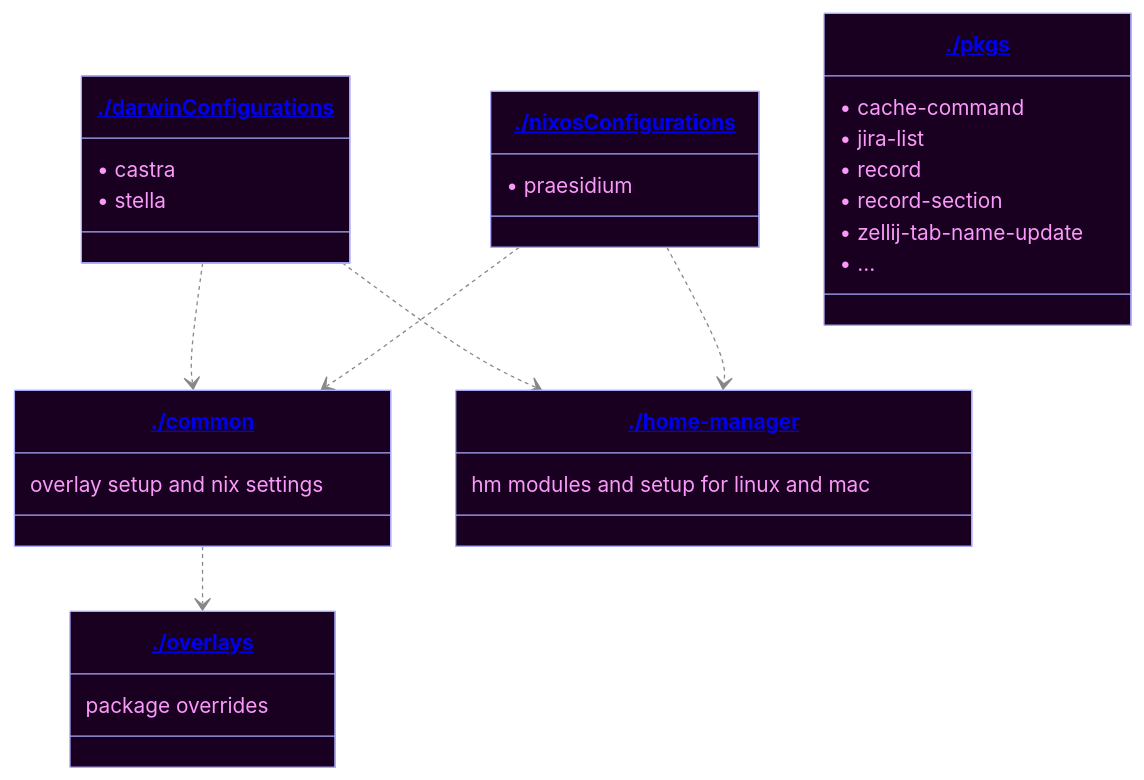
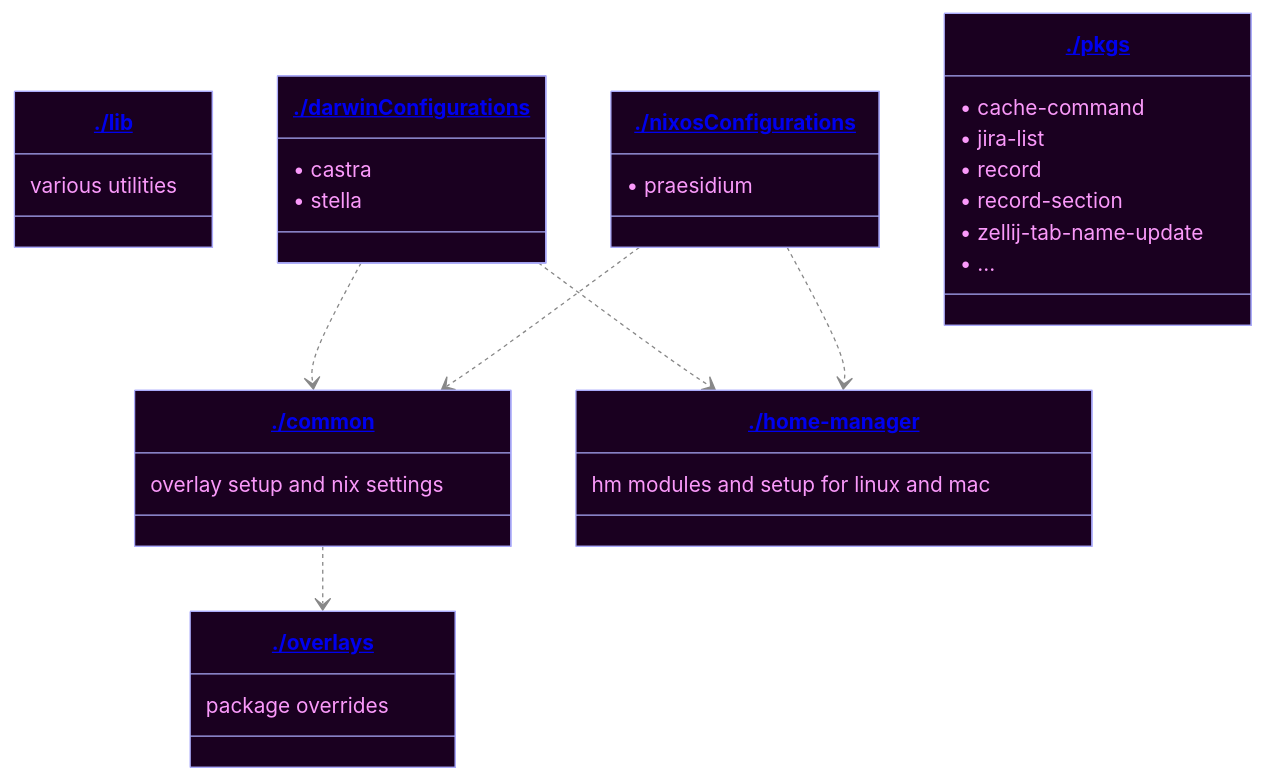
Before and after one commit to xav-ie/dots: the diagram in README.md, drawn with Mermaid.

Commit message:
chore(lib): add to diagram

````diff
--- a/README.md
+++ b/README.md
@@ -10,39 +10,41 @@
 ```mermaid
 ---
 config:
   theme: base
   themeVariables:
     primaryColor: "#1a0020"
     primaryTextColor: "#fa99fa"
     primaryBorderColor: "#aaaafa"
     lineColor: "#888"
     fontFamily: "monospace"
 ---
 classDiagram
     %% Unfortunately, we cannot use relative links and must specify a branch :/
+    class lib["<a href='https://github.com/xav-ie/dots/tree/main/lib'>./lib</a>"]
     class common["<a href='https://github.com/xav-ie/dots/tree/main/common'>./common</a>"]
     class darwinConfigurations["<a href='https://github.com/xav-ie/dots/tree/main/darwinConfigurations'>./darwinConfigurations</a>"]
     class home-manager["<a href='https://github.com/xav-ie/dots/tree/main/home-manager'>./home-manager</a>"]
     class nixosConfigurations["<a href='https://github.com/xav-ie/dots/tree/main/nixosConfigurations'>./nixosConfigurations</a>"]
     class overlays["<a href='https://github.com/xav-ie/dots/tree/main/overlays'>./overlays</a>"]
     class pkgs["<a href='https://github.com/xav-ie/dots/tree/main/pkgs'>./pkgs</a>"]
 
+    lib: various utilities
     common: overlay setup and nix settings
     darwinConfigurations: • castra
     darwinConfigurations: • stella
     home-manager: hm modules and setup for linux and mac
     nixosConfigurations: • praesidium
     overlays: package overrides
     pkgs: • cache-command
     pkgs: • jira-list
     pkgs: • record
     pkgs: • record-section
     pkgs: • zellij-tab-name-update
     pkgs: • ...
 
     common ..> overlays
     darwinConfigurations ..> common
     darwinConfigurations ..> home-manager
     nixosConfigurations ..> common
     nixosConfigurations ..> home-manager
 ```
````
